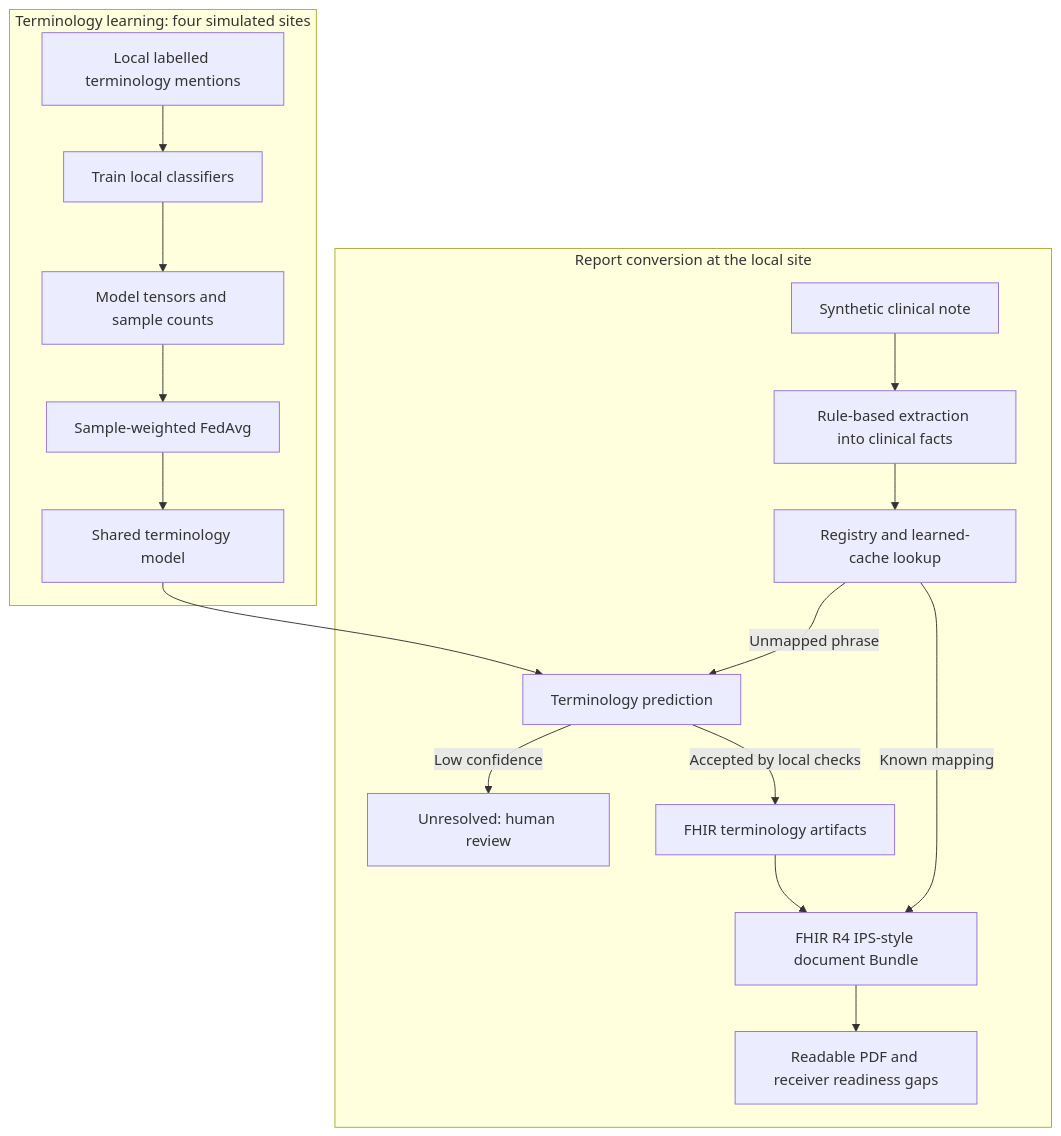
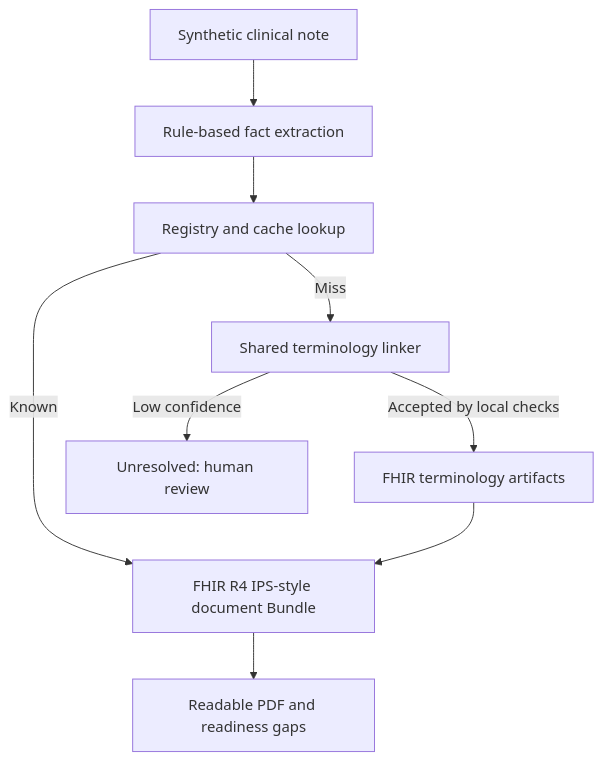
One commit to AnantGp/crossroad-fhir-link changed the second of 2 diagrams in README.md. Above: the diagram before and after it, drawn with Mermaid. The commit also changed other lines of this file, not shown here.

Commit message:
Simplify overview diagrams after visual review

````diff
--- a/README.md
+++ b/README.md
@@ -38,20 +47,11 @@
 ```mermaid
 flowchart TD
-    subgraph learning["Terminology learning: four simulated sites"]
-        L["Local labelled terminology mentions"] --> T["Train local classifiers"]
-        T --> U["Model tensors and sample counts"]
-        U --> A["Sample-weighted FedAvg"]
-        A --> G["Shared terminology model"]
-    end
-    subgraph conversion["Report conversion at the local site"]
-        R["Synthetic clinical note"] --> F["Rule-based extraction into clinical facts"]
-        F --> K["Registry and learned-cache lookup"]
-        K -->|"Unmapped phrase"| P["Terminology prediction"]
-        G --> P
-        P -->|"Low confidence"| H["Unresolved: human review"]
-        P -->|"Accepted by local checks"| C["FHIR terminology artifacts"]
-        K -->|"Known mapping"| B["FHIR R4 IPS-style document Bundle"]
-        C --> B
-        B --> O["Readable PDF and receiver readiness gaps"]
-    end
+    R["Synthetic clinical note"] --> F["Rule-based fact extraction"]
+    F --> K["Registry and cache lookup"]
+    K -->|"Miss"| P["Shared terminology linker"]
+    K -->|"Known"| B["FHIR R4 IPS-style document Bundle"]
+    P -->|"Accepted by local checks"| C["FHIR terminology artifacts"]
+    P -->|"Low confidence"| H["Unresolved: human review"]
+    C --> B
+    B --> O["Readable PDF and readiness gaps"]
 ```
````
